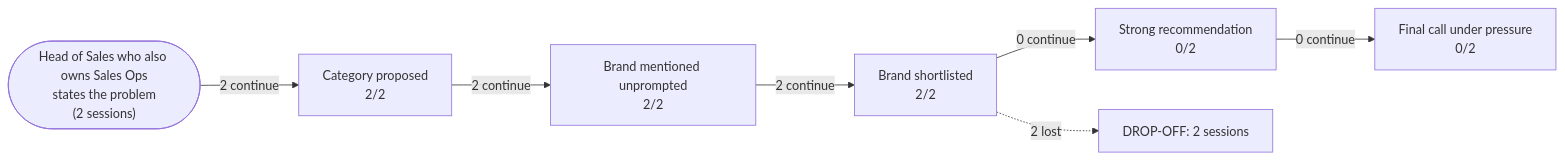
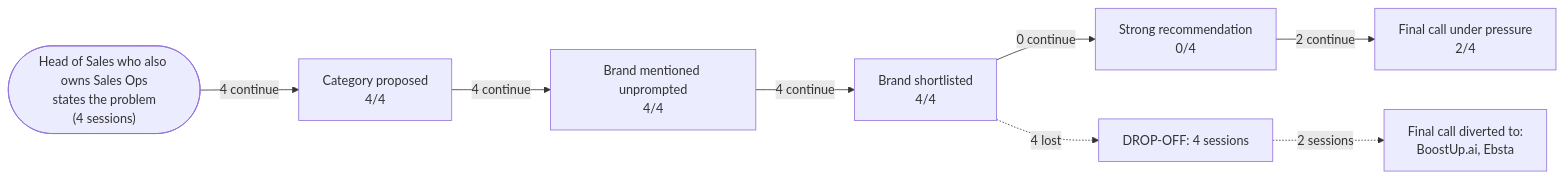
The diagram in sample-report.md (d-walia/marketing-agents), drawn with Mermaid before and after one commit. The commit also changed other lines of this file and 1 other file, not shown here.

Commit message:
First cross-model sample report: Claude + Gemini, 2 scenarios, 4 sessions

````diff
--- a/sample-report.md
+++ b/sample-report.md
@@ -23,16 +23,18 @@
 ```mermaid
 flowchart LR
-    S0(["Head of Sales who also owns Sales Ops<br/>states the problem<br/>(2 sessions)"])
-    S1["Category proposed<br/>2/2"]
-    S0 -->|"2 continue"| S1
-    S2["Brand mentioned unprompted<br/>2/2"]
-    S1 -->|"2 continue"| S2
-    S3["Brand shortlisted<br/>2/2"]
-    S2 -->|"2 continue"| S3
-    S4["Strong recommendation<br/>0/2"]
+    S0(["Head of Sales who also owns Sales Ops<br/>states the problem<br/>(4 sessions)"])
+    S1["Category proposed<br/>4/4"]
+    S0 -->|"4 continue"| S1
+    S2["Brand mentioned unprompted<br/>4/4"]
+    S1 -->|"4 continue"| S2
+    S3["Brand shortlisted<br/>4/4"]
+    S2 -->|"4 continue"| S3
+    S4["Strong recommendation<br/>0/4"]
     S3 -->|"0 continue"| S4
-    D4["DROP-OFF: 2 sessions"]
-    S3 -.->|"2 lost"| D4
-    S5["Final call under pressure<br/>0/2"]
-    S4 -->|"0 continue"| S5
+    D4["DROP-OFF: 4 sessions"]
+    S3 -.->|"4 lost"| D4
+    S5["Final call under pressure<br/>2/4"]
+    S4 -->|"2 continue"| S5
+    W["Final call diverted to:<br/>BoostUp.ai, Ebsta"]
+    D4 -.->|"2 sessions"| W
 ```
````
